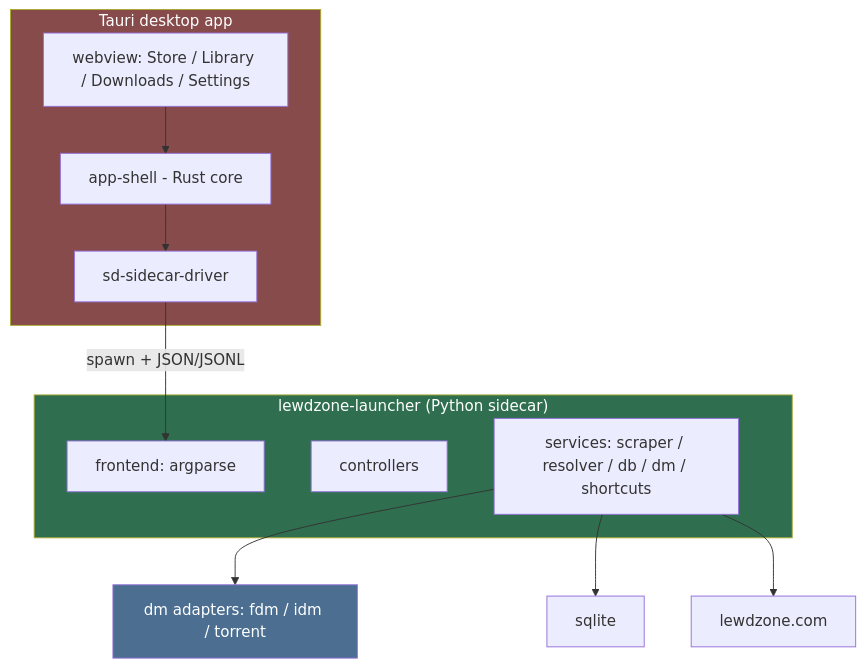
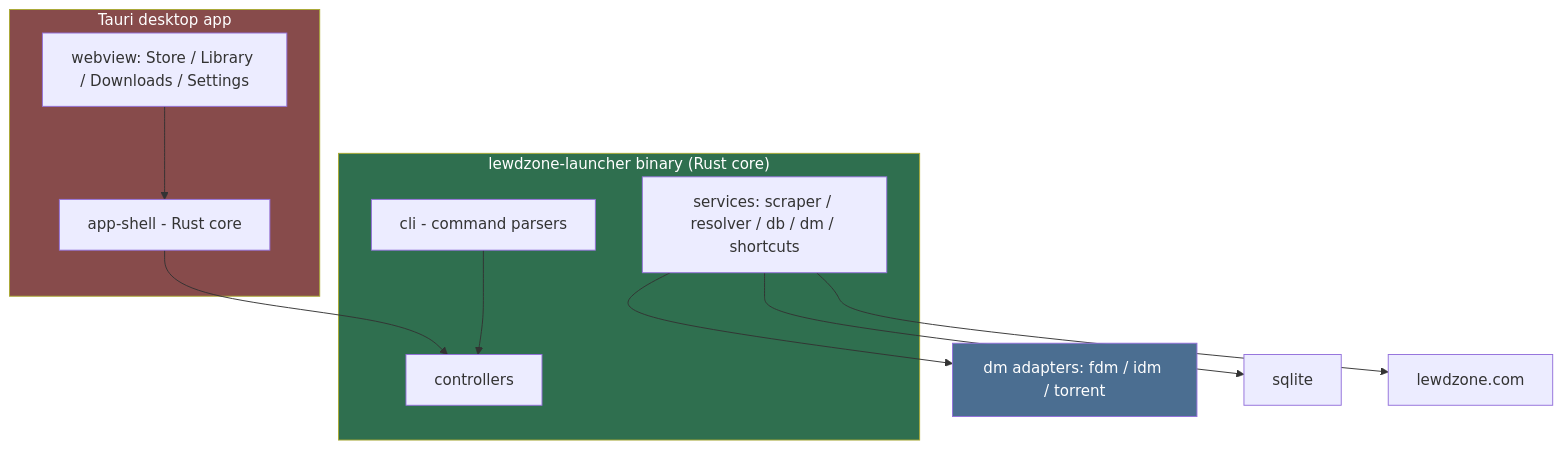
Before and after one commit to HELIX-Origin/LewdZone-Launcher: the second of 3 diagrams in .agents/agents/architect/architect.md, drawn with Mermaid. The commit also changed other lines of this file and 217 other files, not shown here.

````diff
--- a/.agents/agents/architect/architect.md
+++ b/.agents/agents/architect/architect.md
@@ -142,23 +146,22 @@
 ```mermaid
 flowchart TD
-    subgraph CLI ["lewdzone-launcher (Python sidecar)"]
-        CLIF["frontend: argparse"]
+    subgraph BIN["lewdzone-launcher binary (Rust core)"]
+        CLIF["cli - command parsers"]
         CTL[controllers]
         SVC["services: scraper / resolver / db / dm / shortcuts"]
     end
-    subgraph APP ["Tauri desktop app"]
+    subgraph APP["Tauri desktop app"]
         SH[app-shell - Rust core]
         WV["webview: Store / Library / Downloads / Settings"]
-        SD[sd-sidecar-driver]
     end
     WV --> SH
-    SH --> SD
-    SD -->|"spawn + JSON/JSONL"| CLIF
+    SH --> CTL
+    CLIF --> CTL
     SVC --> DM["dm adapters: fdm / idm / torrent"]
-    SVC --> SQL[""sqlite""]
+    SVC --> SQL["sqlite"]
     SVC --> SITE["lewdzone.com"]
 
-    style CLI fill:#2f6f4f,color:#fff
+    style BIN fill:#2f6f4f,color:#fff
     style APP fill:#874b4b,color:#fff
     style DM fill:#4b6e91,color:#fff
 ```
````
